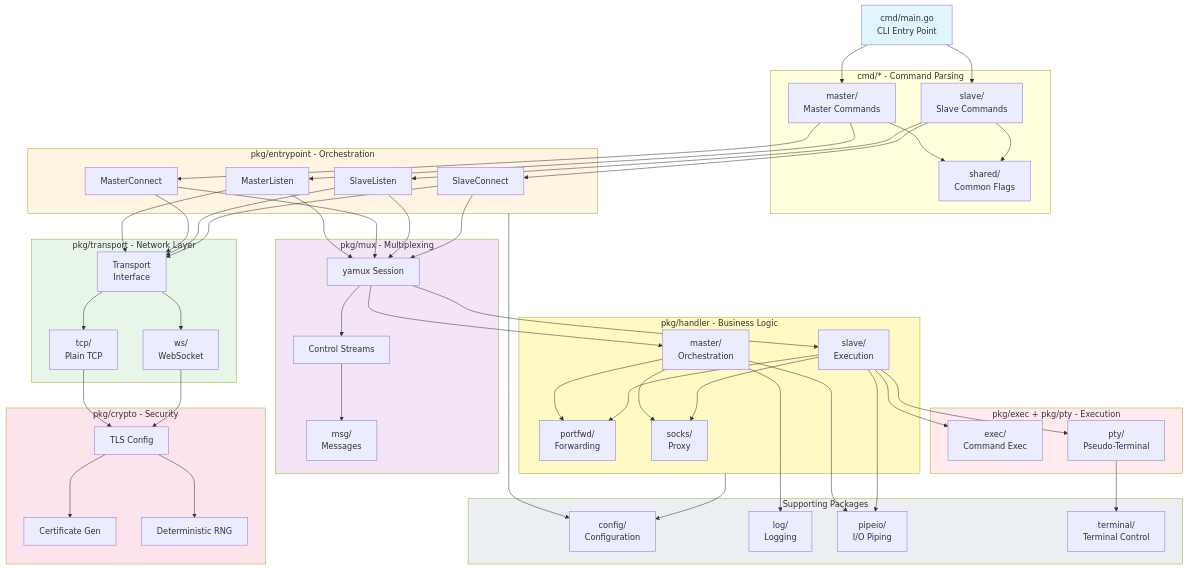
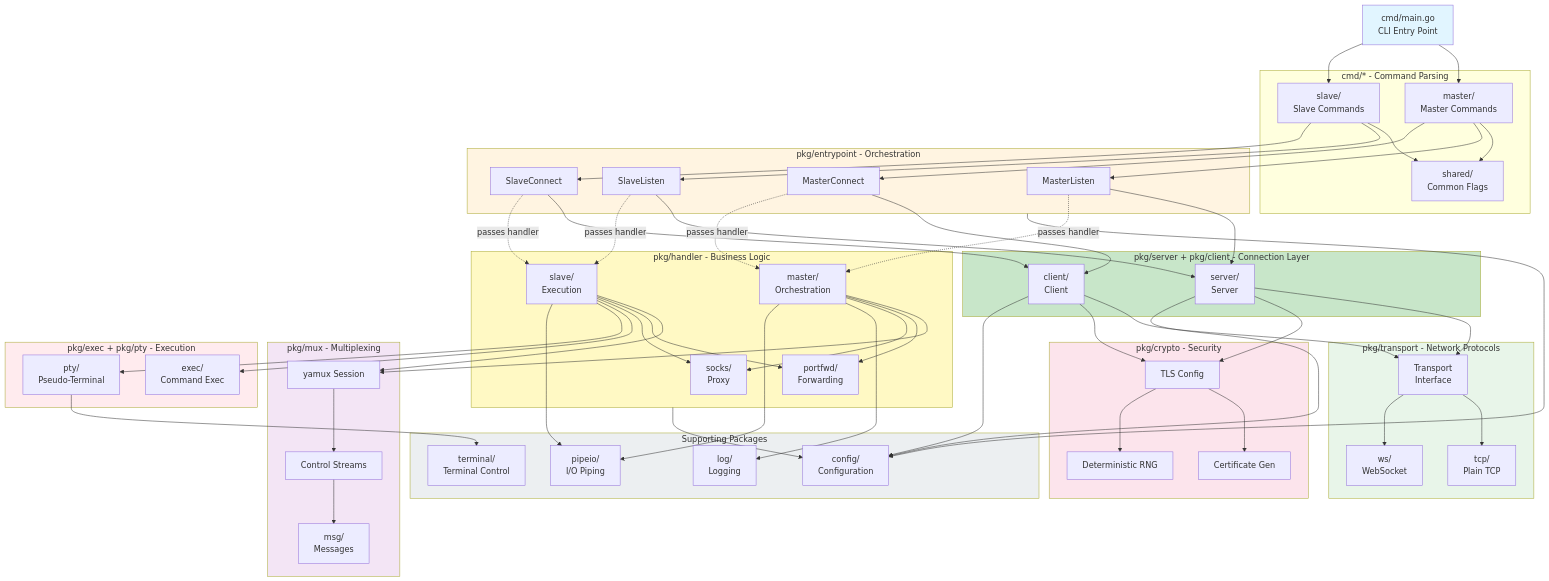
Before and after one commit to DominicBreuker/goncat: the diagram in docs/ARCHITECTURE.md, drawn with Mermaid. The commit also changed other lines of this file, not shown here.

Commit message:
Fix architecture documentation to reflect actual dependencies

```diff
--- a/docs/ARCHITECTURE.md
+++ b/docs/ARCHITECTURE.md
@@ -325,7 +342,12 @@
         SC[SlaveConnect]
     end
     
-    subgraph TRANSPORT["pkg/transport - Network Layer"]
+    subgraph SERVERCLIENT["pkg/server + pkg/client - Connection Layer"]
+        SERVER[server/<br/>Server]
+        CLIENT[client/<br/>Client]
+    end
+    
+    subgraph TRANSPORT["pkg/transport - Network Protocols"]
         TCP[tcp/<br/>Plain TCP]
         WS[ws/<br/>WebSocket]
         TRANS[Transport<br/>Interface]
@@ -337,17 +359,17 @@
         RAND[Deterministic RNG]
     end
     
-    subgraph MUX["pkg/mux - Multiplexing"]
-        YAMUX[yamux Session]
-        CTRL[Control Streams]
-        MSG[msg/<br/>Messages]
-    end
-    
     subgraph HANDLER["pkg/handler - Business Logic"]
         HMASTER[master/<br/>Orchestration]
         HSLAVE[slave/<br/>Execution]
         PORTFWD[portfwd/<br/>Forwarding]
         SOCKS[socks/<br/>Proxy]
+    end
+    
+    subgraph MUX["pkg/mux - Multiplexing"]
+        YAMUX[yamux Session]
+        CTRL[Control Streams]
+        MSG[msg/<br/>Messages]
     end
     
     subgraph EXEC["pkg/exec + pkg/pty - Execution"]
@@ -372,30 +394,33 @@
     SLAVE --> SL
     SLAVE --> SC
     
-    ML --> TRANS
-    MC --> TRANS
-    SL --> TRANS
-    SC --> TRANS
+    ML --> SERVER
+    MC --> CLIENT
+    SL --> SERVER
+    SC --> CLIENT
+    
+    ML -.passes handler.-> HMASTER
+    MC -.passes handler.-> HMASTER
+    SL -.passes handler.-> HSLAVE
+    SC -.passes handler.-> HSLAVE
+    
+    SERVER --> TRANS
+    CLIENT --> TRANS
     
     TRANS --> TCP
     TRANS --> WS
     
-    TCP --> TLS
-    WS --> TLS
+    SERVER --> TLS
+    CLIENT --> TLS
     
     TLS --> CERT
     TLS --> RAND
     
-    ML --> YAMUX
-    MC --> YAMUX
-    SL --> YAMUX
-    SC --> YAMUX
+    HMASTER --> YAMUX
+    HSLAVE --> YAMUX
     
     YAMUX --> CTRL
     CTRL --> MSG
-    
-    YAMUX --> HMASTER
-    YAMUX --> HSLAVE
     
     HMASTER --> PORTFWD
     HMASTER --> SOCKS
@@ -413,9 +438,12 @@
     
     ENTRY --> CONFIG
     HANDLER --> CONFIG
+    SERVER --> CONFIG
+    CLIENT --> CONFIG
     
     style CLI fill:#e1f5ff
     style ENTRY fill:#fff4e1
+    style SERVERCLIENT fill:#c8e6c9
     style TRANSPORT fill:#e8f5e9
     style CRYPTO fill:#fce4ec
     style MUX fill:#f3e5f5
```
